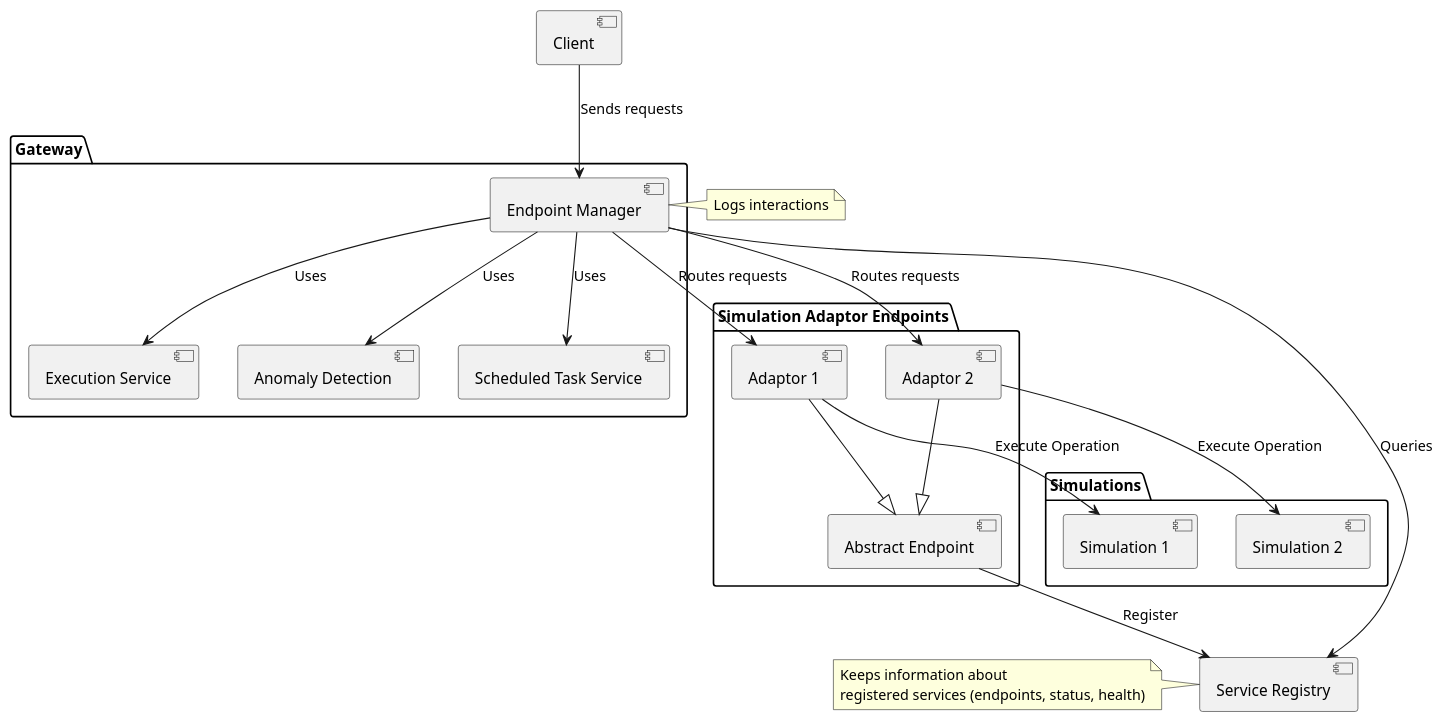
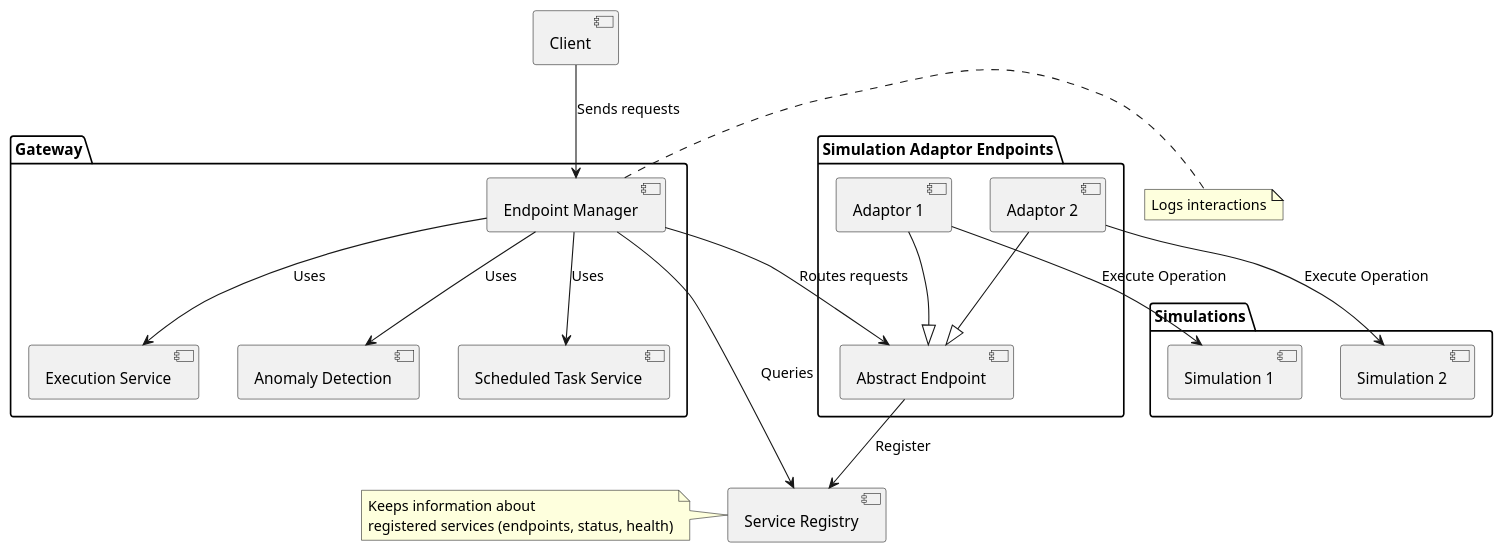
Before and after one commit to jku-swe-simcomp/project-management: the diagram in 1. Konzept/architecture.puml, drawn with PlantUML.

```diff
--- a/1. Konzept/architecture.puml
+++ b/1. Konzept/architecture.puml
@@ -1,43 +1,42 @@
 @startuml
 
 [Service Registry]
 
 package "Simulation Adaptor Endpoints" {
   [Adaptor 1] --|> [Abstract Endpoint]
   [Adaptor 2] --|> [Abstract Endpoint]
 }
 
 package "Gateway" {
 [Endpoint Manager]
 [Execution Service]
 [Anomaly Detection]
 [Scheduled Task Service]
 }
 
 package "Simulations" {
 [Simulation 1]
 [Simulation 2]
 }
 
 [Endpoint Manager] --> [Service Registry] : Queries
-[Endpoint Manager] --> [Adaptor 1] : Routes requests
-[Endpoint Manager] --> [Adaptor 2] : Routes requests
+[Endpoint Manager] --> [Abstract Endpoint] : Routes requests
 [Abstract Endpoint] --> [Service Registry] : Register
 [Adaptor 1] --> [Simulation 1] : Execute Operation
 [Adaptor 2] --> [Simulation 2] : Execute Operation
 [Endpoint Manager] --> [Execution Service] : Uses
 [Endpoint Manager] --> [Scheduled Task Service] : Uses
 [Endpoint Manager] --> [Anomaly Detection] : Uses
 
 note right of [Endpoint Manager]
   Logs interactions
 end note
 
 note left of [Service Registry]
   Keeps information about 
   registered services (endpoints, status, health)
 end note
 
 [Client] --> [Endpoint Manager] : Sends requests
 
 @enduml
```
